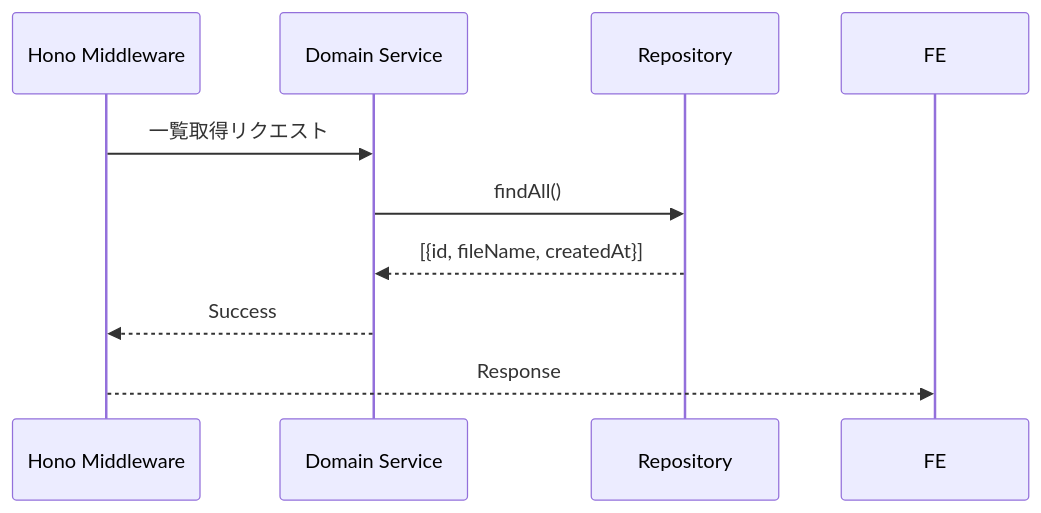
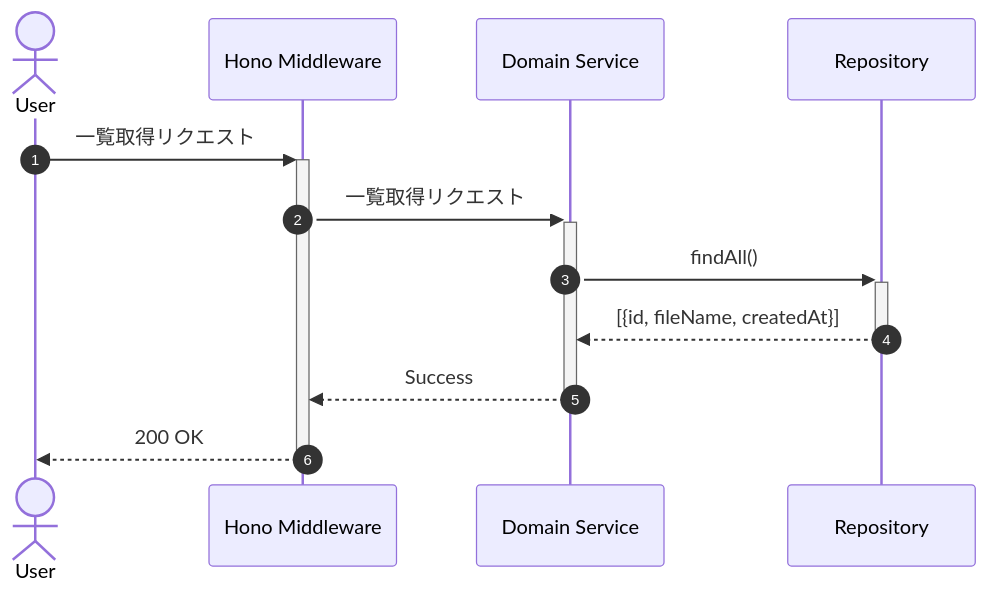
The diagram in specs/hugo/content/design/api/images/api003-upload.md (Hitamuki/spec-driven-development), drawn with Mermaid before and after one commit. The commit also changed other lines of this file and 20 other files, not shown here.

````diff
--- a/specs/hugo/content/design/api/images/api003-upload.md
+++ b/specs/hugo/content/design/api/images/api003-upload.md
@@ -56,12 +49,15 @@
 ```mermaid
 sequenceDiagram
+    autonumber
+    actor User
     participant Hono as Hono Middleware
     participant Domain as Domain Service
     participant DB as Repository
 
-    Hono->>Domain: 一覧取得リクエスト
-    Domain->>DB: findAll()
-    DB-->>Domain: [{id, fileName, createdAt}]
-    Domain-->>Hono: Success
-    Hono-->>FE: Response
+    User->>+Hono: 一覧取得リクエスト
+    Hono->>+Domain: 一覧取得リクエスト
+    Domain->>+DB: findAll()
+    DB-->>-Domain: [{id, fileName, createdAt}]
+    Domain-->>-Hono: Success
+    Hono-->>-User: 200 OK
 ```
````
